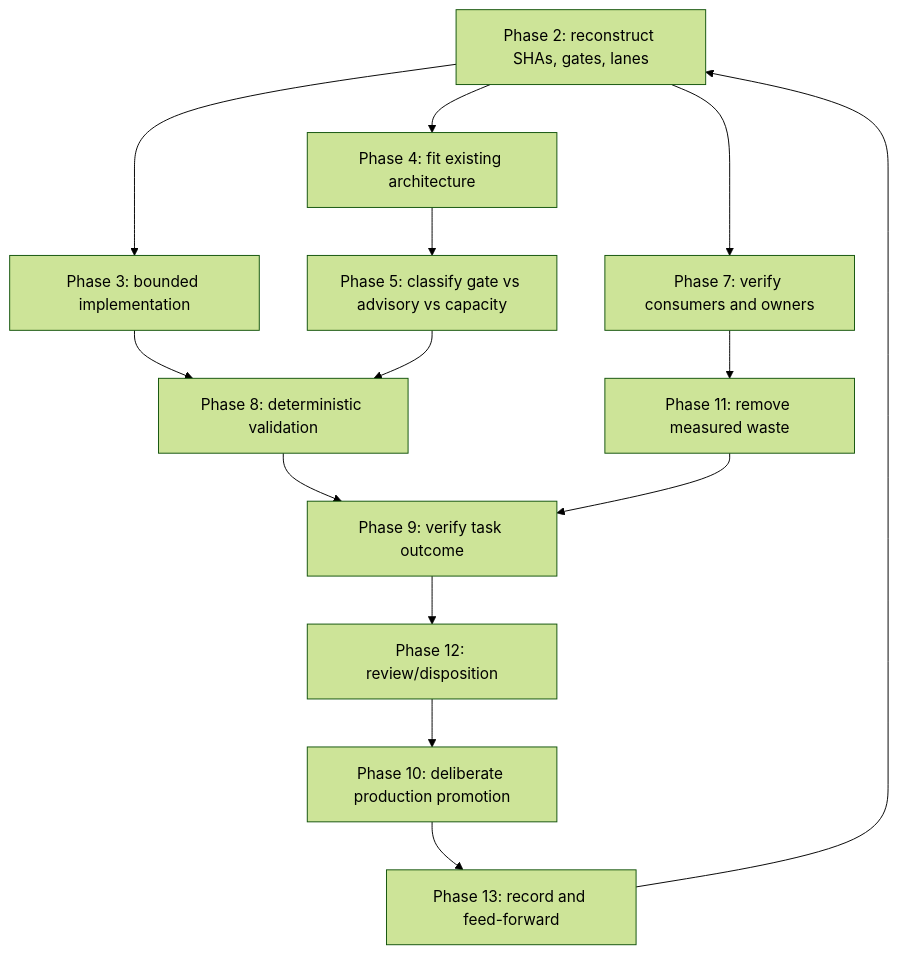
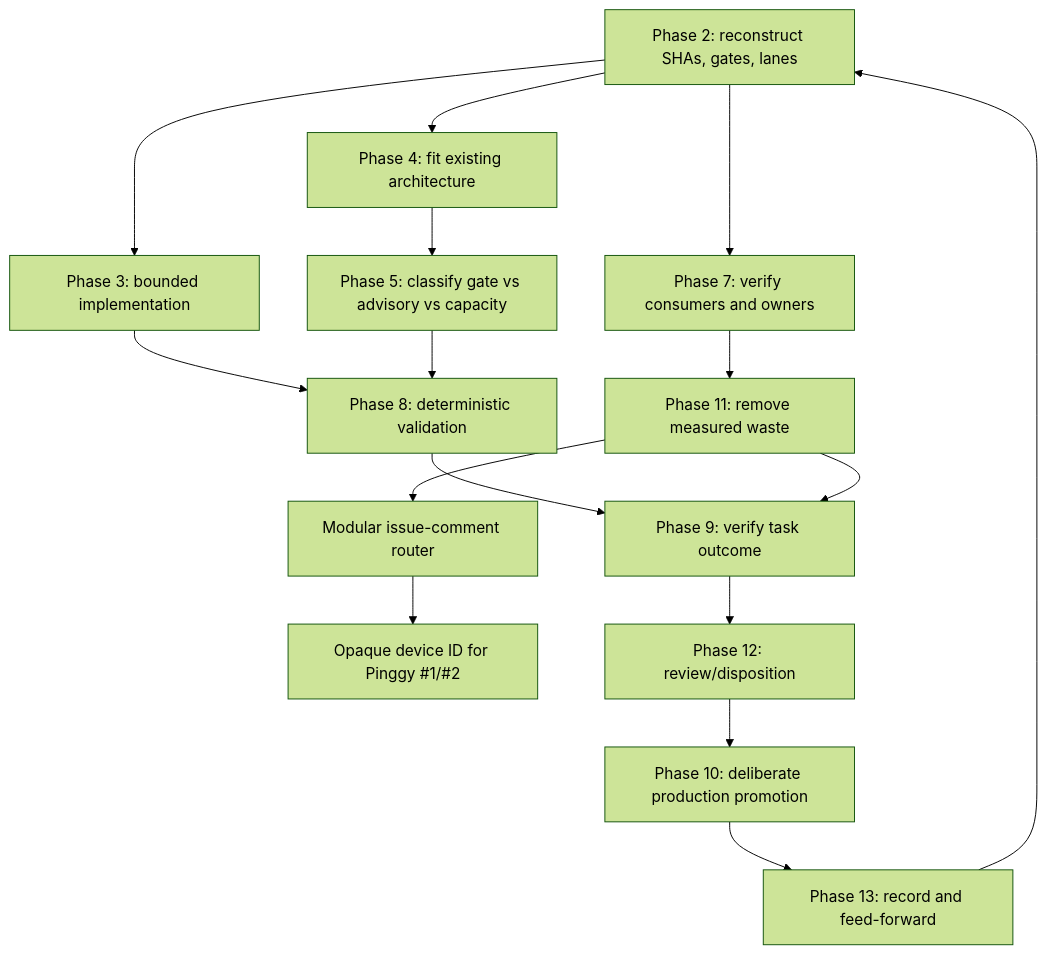
Before and after one commit to timerloggedout-spec/termux-monorepo: the diagram in docs/ops/ACTIONS-MATRIX-UPGRADE-PLAN.md, drawn with Mermaid (forest theme). The commit also changed other lines of this file, not shown here.

First line of the commit message:
docs(ops): enhance Actions matrix plan with notification consolidation, Pinggy device ID, and cadence telemetry

````diff
--- a/docs/ops/ACTIONS-MATRIX-UPGRADE-PLAN.md
+++ b/docs/ops/ACTIONS-MATRIX-UPGRADE-PLAN.md
@@ -59,16 +92,18 @@
 ```mermaid
 flowchart TD
   RECON[Phase 2: reconstruct SHAs, gates, lanes] --> ARCH[Phase 4: fit existing architecture]
   RECON --> CODE[Phase 3: bounded implementation]
   ARCH --> CLASSIFY[Phase 5: classify gate vs advisory vs capacity]
   CODE --> TEST[Phase 8: deterministic validation]
   CLASSIFY --> TEST
   RECON --> FANOUT[Phase 7: verify consumers and owners]
   FANOUT --> REDUCE[Phase 11: remove measured waste]
+  REDUCE --> ROUTER[Modular issue-comment router]
+  ROUTER --> DEVICE[Opaque device ID for Pinggy #1/#2]
   TEST --> EVIDENCE[Phase 9: verify task outcome]
   REDUCE --> EVIDENCE
   EVIDENCE --> REVIEW[Phase 12: review/disposition]
   REVIEW --> PROMOTE[Phase 10: deliberate production promotion]
   PROMOTE --> LEARN[Phase 13: record and feed-forward]
   LEARN --> RECON
 ```
````
